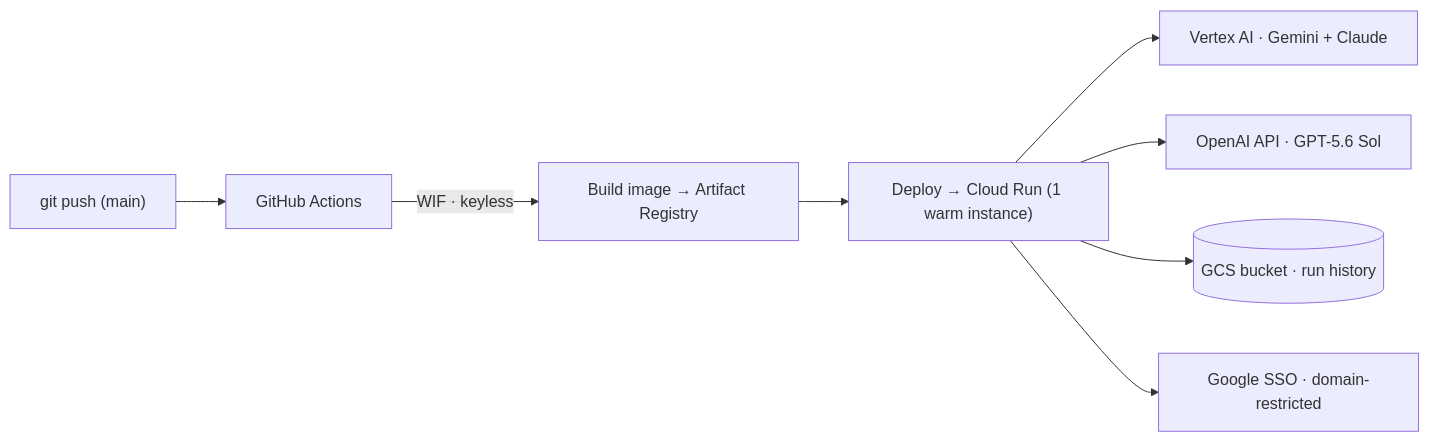
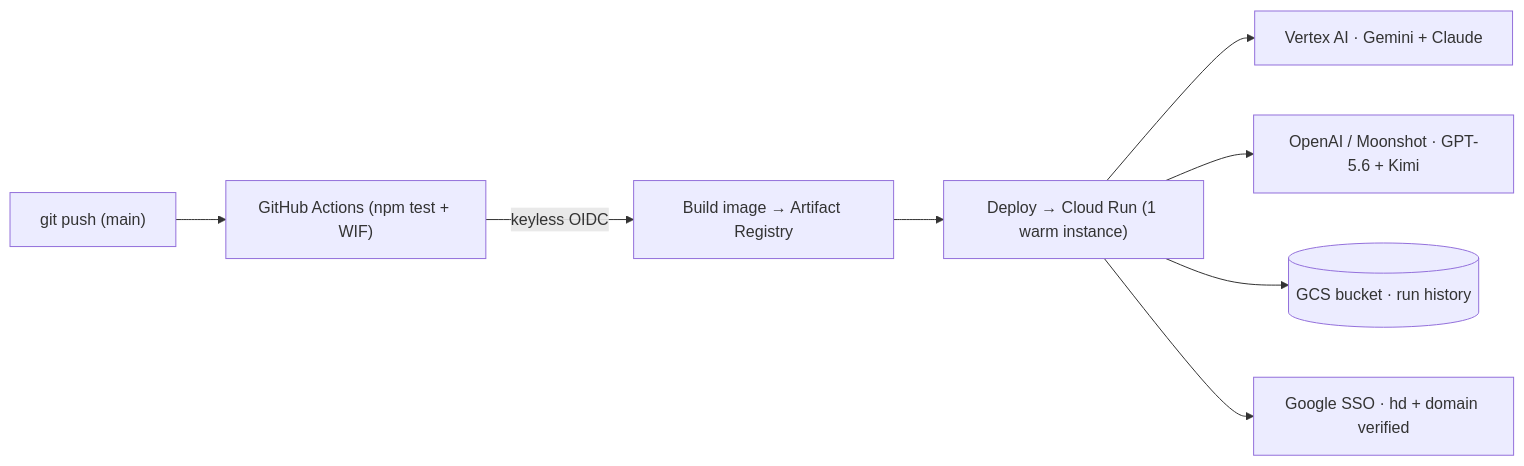
Before and after one commit to UbhiTS/llm-compare: the first of 2 diagrams in README.md, drawn with Mermaid. The commit also changed other lines of this file and 8 other files, not shown here.

````diff
--- a/README.md
+++ b/README.md
@@ -81,10 +91,10 @@
 ```mermaid
 flowchart LR
-  push["git push (main)"] --> ga["GitHub Actions"]
-  ga -->|"WIF · keyless"| img["Build image → Artifact Registry"]
+  push["git push (main)"] --> ga["GitHub Actions (npm test + WIF)"]
+  ga -->|"keyless OIDC"| img["Build image → Artifact Registry"]
   img --> run["Deploy → Cloud Run (1 warm instance)"]
   run --> vertex["Vertex AI · Gemini + Claude"]
-  run --> openai["OpenAI API · GPT-5.6 Sol"]
+  run --> openai["OpenAI / Moonshot · GPT-5.6 + Kimi"]
   run --> gcs[("GCS bucket · run history")]
-  run --> sso["Google SSO · domain-restricted"]
+  run --> sso["Google SSO · hd + domain verified"]
 ```
````
